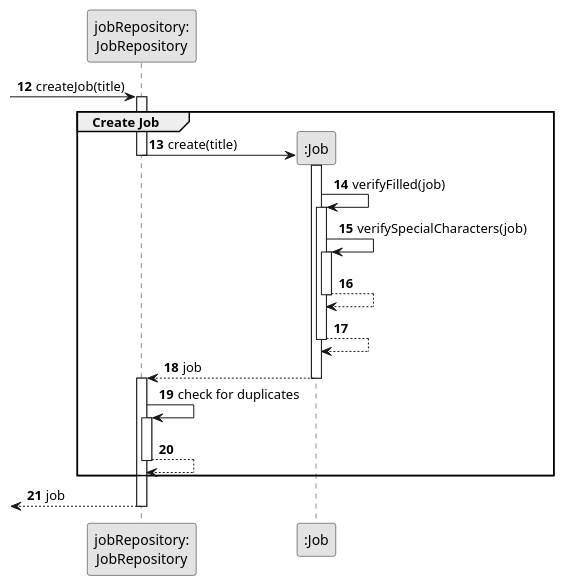
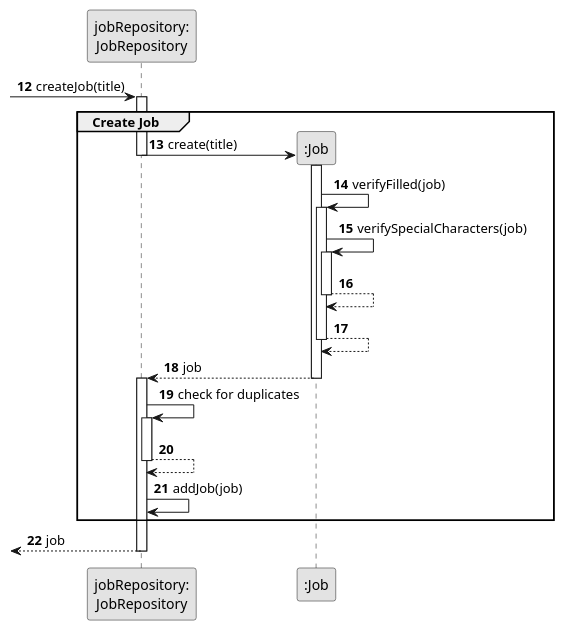
The diagram in docs/sprintB/us002/03.design/puml/us002-sequence-diagram-partial-create-job.puml (ricardomm7/leaflink), drawn with PlantUML before and after one commit. The commit also changed 30 other files, not shown here.

```diff
--- a/docs/sprintB/us002/03.design/puml/us002-sequence-diagram-partial-create-job.puml
+++ b/docs/sprintB/us002/03.design/puml/us002-sequence-diagram-partial-create-job.puml
@@ -1,41 +1,42 @@
 @startuml
 skinparam monochrome true
 skinparam packageStyle rectangle
 skinparam shadowing false
 
 autonumber 12
 
 'hide footbox
 participant "jobRepository:\nJobRepository" as JobRepository
 participant ":Job" as Job
 -> JobRepository : createJob(title)
 activate JobRepository
 
 group Create Job
 
     JobRepository -> Job** : create(title)
     deactivate JobRepository
         activate Job
 
     Job -> Job : verifyFilled(job)
         activate Job
         Job -> Job : verifySpecialCharacters(job)
         activate Job
         Job --> Job
         deactivate Job
     Job --> Job
     deactivate Job
     Job --> JobRepository : job
     deactivate Job
     activate JobRepository
     JobRepository -> JobRepository : check for duplicates
     activate JobRepository
     JobRepository --> JobRepository
 deactivate JobRepository
+    JobRepository -> JobRepository: addJob(job)
     deactivate Job
 end
 <-- JobRepository : job
 deactivate JobRepository
 deactivate JobRepository
 
 @enduml
```
